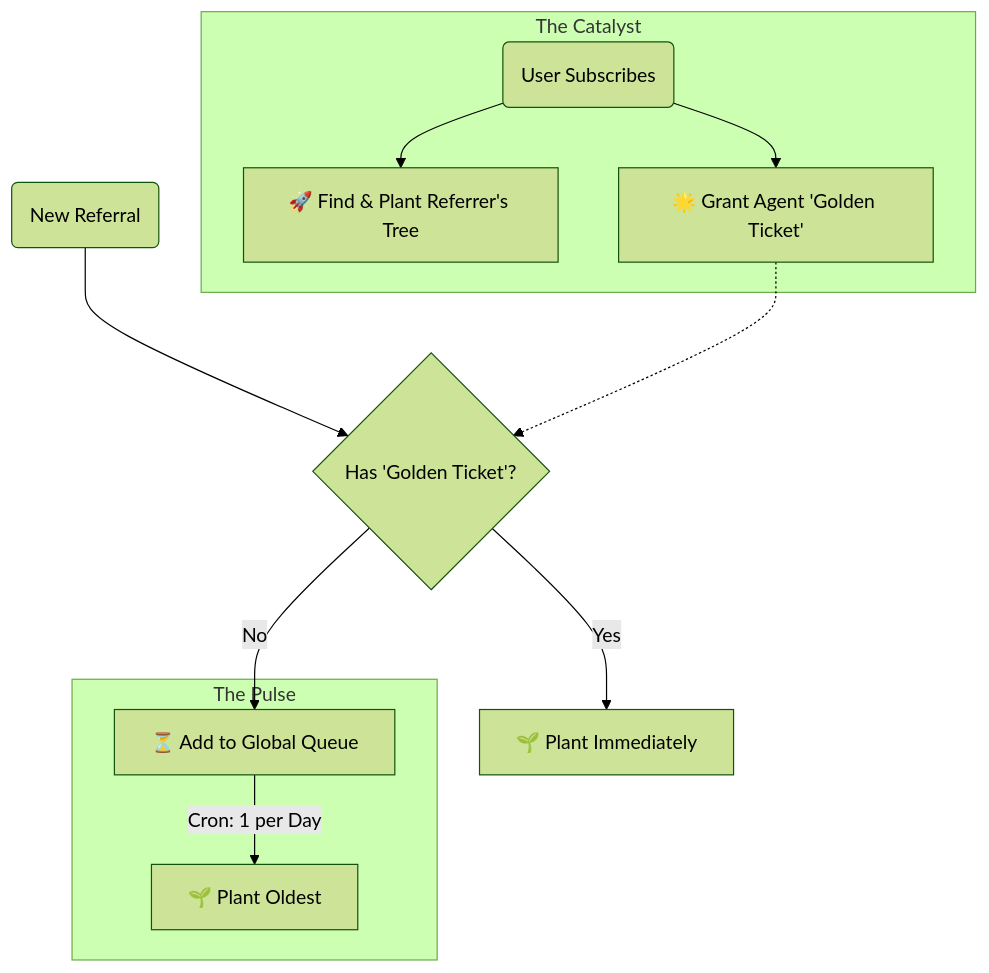
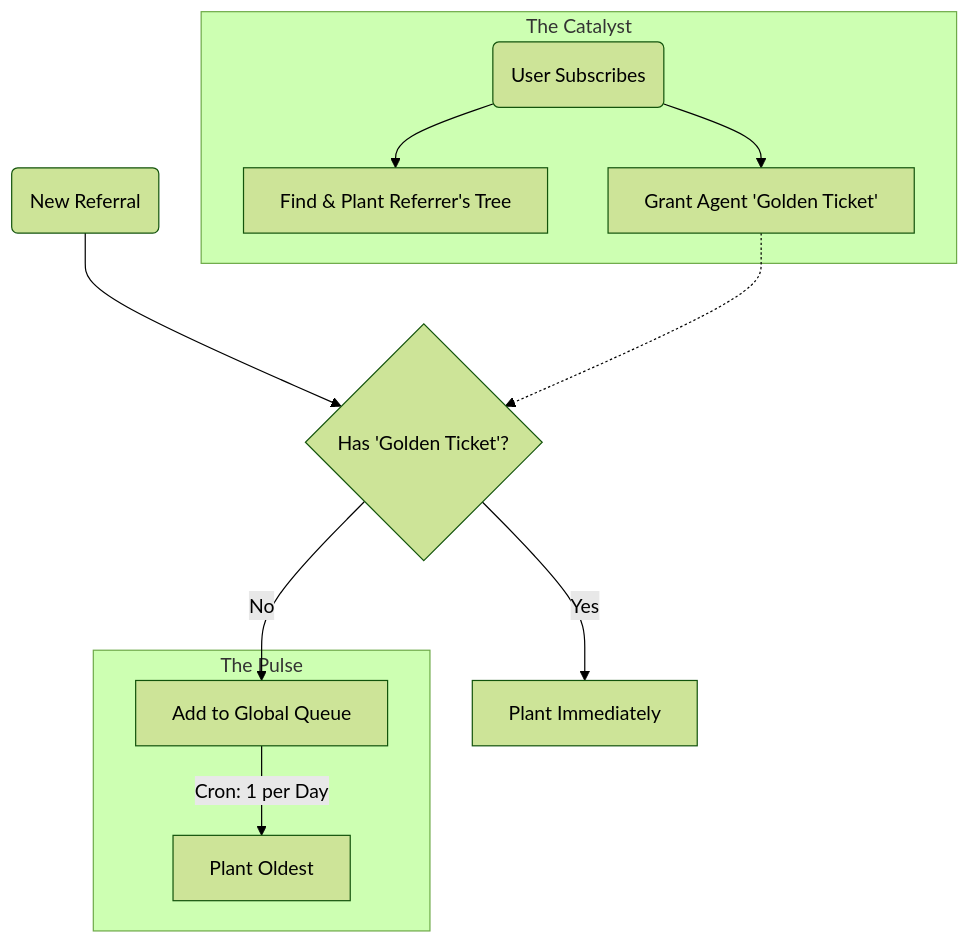
Before and after one commit to host-uk/trees-for-agents: the second of 2 diagrams in README.md, drawn with Mermaid (forest theme). The commit also changed other lines of this file and 32 other files, not shown here.

````diff
--- a/README.md
+++ b/README.md
@@ -68,18 +94,18 @@
 ```mermaid
 flowchart TD
     Referral(New Referral) --> HasBonus{Has 'Golden Ticket'?}
-    
-    HasBonus -- Yes --> Instant[🌱 Plant Immediately]
-    HasBonus -- No --> Queue[⏳ Add to Global Queue]
-    
+
+    HasBonus -- Yes --> Instant[Plant Immediately]
+    HasBonus -- No --> Queue[Add to Global Queue]
+
     subgraph The Pulse
-        Queue -- "Cron: 1 per Day" --> DailyPlant[🌱 Plant Oldest]
+        Queue -- "Cron: 1 per Day" --> DailyPlant[Plant Oldest]
     end
-    
+
     subgraph The Catalyst
-        UserSub(User Subscribes) --> Unblock[🚀 Find & Plant Referrer's Tree]
-        UserSub --> Grant[🌟 Grant Agent 'Golden Ticket']
+        UserSub(User Subscribes) --> Unblock[Find & Plant Referrer's Tree]
+        UserSub --> Grant[Grant Agent 'Golden Ticket']
     end
-    
+
     Grant -.-> HasBonus
 ```
````
